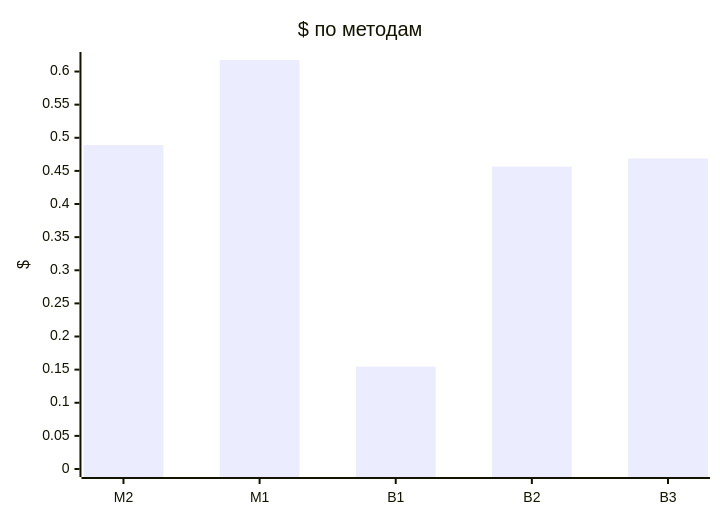
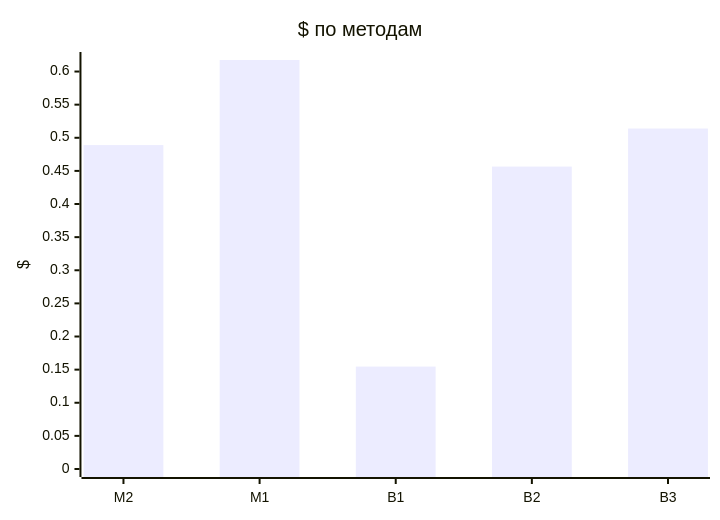
Before and after one commit to Axx-Axvd/reqgraph: the second of 2 diagrams in evals/reports/results-2026-11-05-cheap-dev-v1-cheap.md, drawn with Mermaid. The commit also changed other lines of this file and 7 other files, not shown here.

````diff
--- a/evals/reports/results-2026-11-05-cheap-dev-v1-cheap.md
+++ b/evals/reports/results-2026-11-05-cheap-dev-v1-cheap.md
@@ -73,7 +73,7 @@
 ```mermaid
 xychart-beta
     title "$ по методам"
     x-axis ["M2", "M1", "B1", "B2", "B3"]
     y-axis "$" 0 --> 0.617412
-    bar [0.489, 0.6174, 0.1546, 0.4565, 0.4688]
+    bar [0.489, 0.6174, 0.1546, 0.4565, 0.514]
 ```
````
